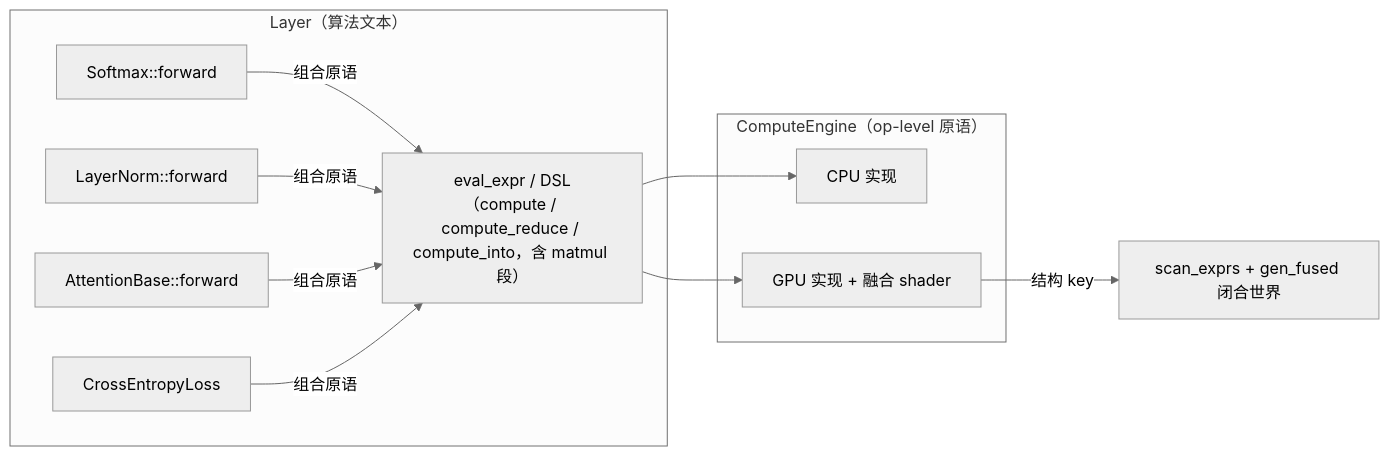
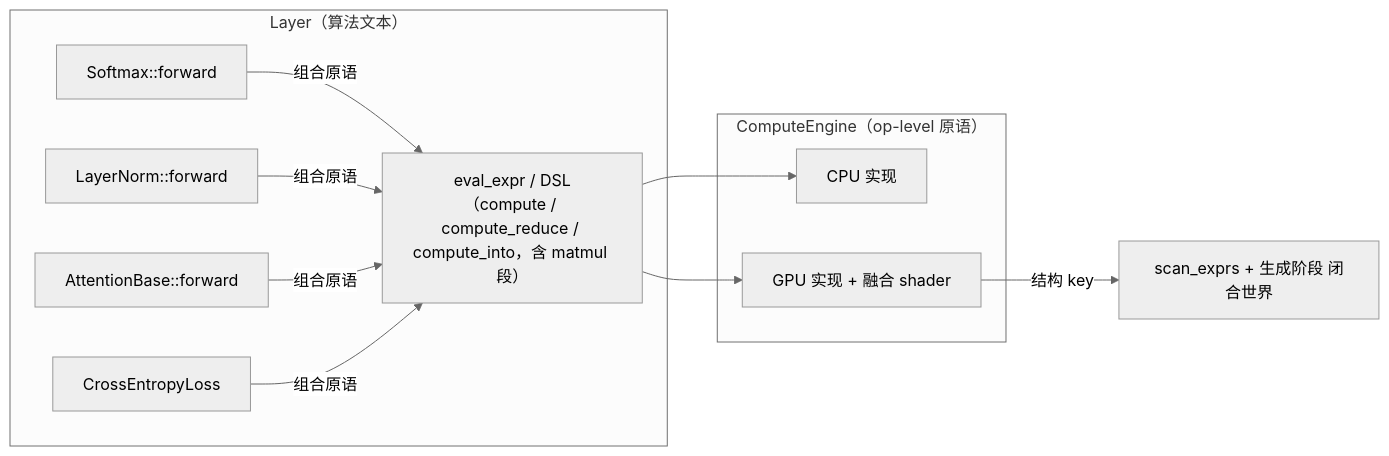
Before and after one commit to EthanPeng-2048/neuralnet.cpp: the diagram in docs/development/02-operator-fusion.md, drawn with Mermaid (neutral theme). The commit also changed other lines of this file and 10 other files, not shown here.

First line of the commit message:
AOT 融合构建期收为单步：gen_fused 并入 scan_exprs，删除 bin 序列化

````diff
--- a/docs/development/02-operator-fusion.md
+++ b/docs/development/02-operator-fusion.md
@@ -71,16 +71,16 @@
 ```mermaid
 graph LR
     subgraph L2[Layer（算法文本）]
         A[Softmax::forward] -->|组合原语| E
         B[LayerNorm::forward] -->|组合原语| E
         C[AttentionBase::forward] -->|组合原语| E
         D[CrossEntropyLoss] -->|组合原语| E
     end
     subgraph Eng[ComputeEngine（op-level 原语）]
         E[eval_expr / DSL（compute / compute_reduce / compute_into，含 matmul 段）]
         F[CPU 实现]
         G[GPU 实现 + 融合 shader]
     end
     E --> F & G
-    G -->|结构 key| I[scan_exprs + gen_fused 闭合世界]
+    G -->|结构 key| I[scan_exprs + 生成阶段 闭合世界]
 ```
````
